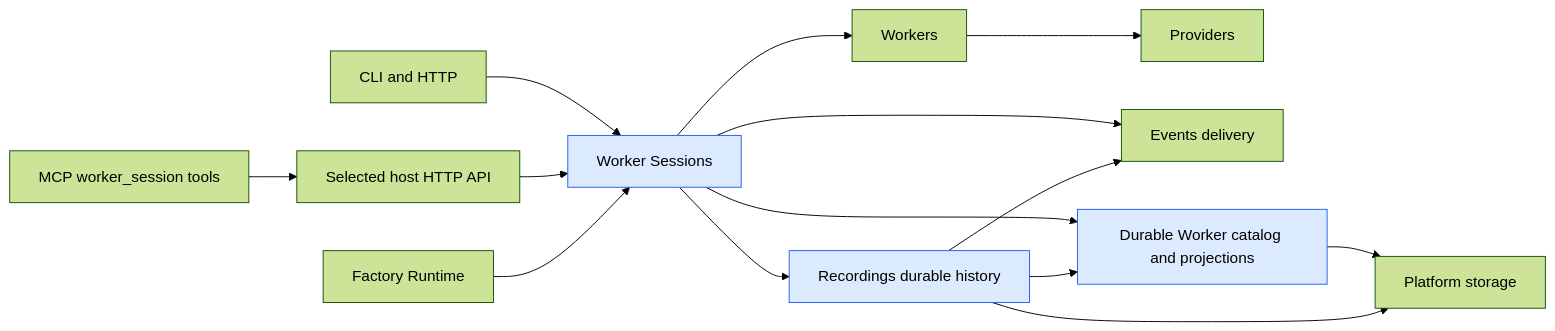
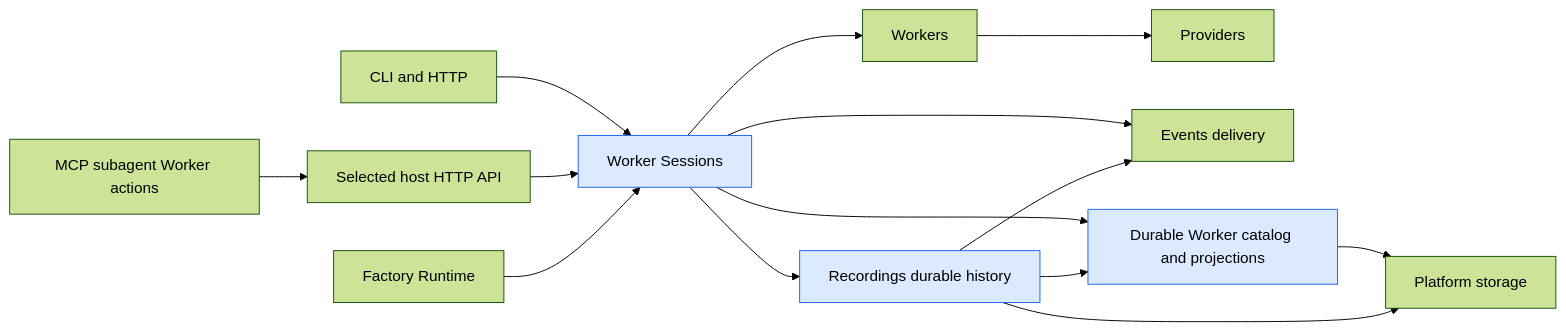
Before and after one commit to portpowered/you-agent-factory: the diagram in docs/internal/development/plans/backlog/worker-session-visibility-and-controls.md, drawn with Mermaid (forest theme). The commit also changed other lines of this file and 36 other files, not shown here.

Commit message:
Fold Worker Session MCP operations into subagent actions

````diff
--- a/docs/internal/development/plans/backlog/worker-session-visibility-and-controls.md
+++ b/docs/internal/development/plans/backlog/worker-session-visibility-and-controls.md
@@ -803,19 +994,19 @@
 ```mermaid
 flowchart LR
   CLI[CLI and HTTP] --> WS[Worker Sessions]
-  MCP[MCP worker_session tools] --> HTTPAPI[Selected host HTTP API]
+  MCP[MCP subagent Worker actions] --> HTTPAPI[Selected host HTTP API]
   HTTPAPI --> WS
   F[Factory Runtime] --> WS
   WS --> W[Workers]
   W --> P[Providers]
   WS --> E[Events delivery]
   WS --> R[Recordings durable history]
   WS --> C[Durable Worker catalog and projections]
   R --> C
   R --> E
   C --> S[Platform storage]
   R --> S
   style C fill:#dbeafe,stroke:#2563eb
   style R fill:#dbeafe,stroke:#2563eb
   style WS fill:#dbeafe,stroke:#2563eb
 ```
````
